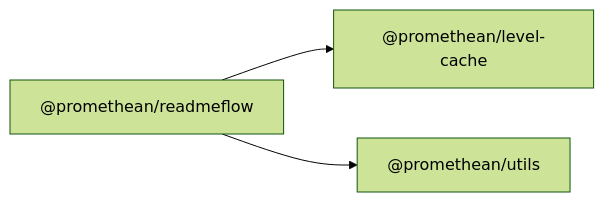
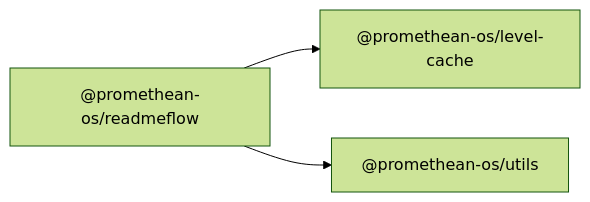
The diagram in docs/packages/readmeflow/README.md (octave-commons/promethean), drawn with Mermaid (forest theme) before and after one commit. The commit also changed other lines of this file and 1753 other files, not shown here.

````diff
--- a/docs/packages/readmeflow/README.md
+++ b/docs/packages/readmeflow/README.md
@@ -14,10 +14,10 @@
 ```mermaid
 graph LR
-  A["@promethean/readmeflow"]
-  D1["@promethean/level-cache"]
-  D2["@promethean/utils"]
-  A --> D1["@promethean/level-cache"]
-  A --> D2["@promethean/utils"]
-  click D1 "../level-cache/README.md" "@promethean/level-cache"
-  click D2 "../utils/README.md" "@promethean/utils"
+  A["@promethean-os/readmeflow"]
+  D1["@promethean-os/level-cache"]
+  D2["@promethean-os/utils"]
+  A --> D1["@promethean-os/level-cache"]
+  A --> D2["@promethean-os/utils"]
+  click D1 "../level-cache/README.md" "@promethean-os/level-cache"
+  click D2 "../utils/README.md" "@promethean-os/utils"
 ```
````
